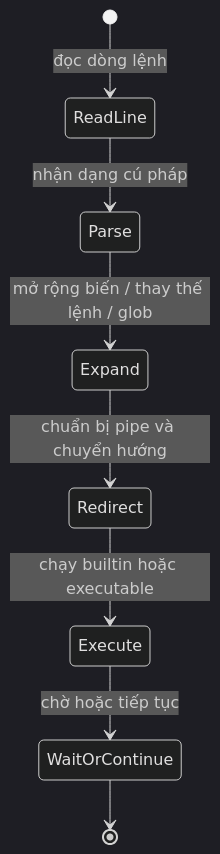
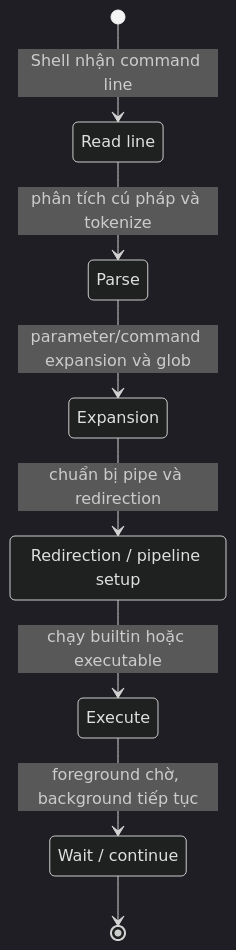
Before and after one commit to hai-kevins/embedded-linux: the diagram in phase-01/README-topic-01.md, drawn with Mermaid (dark theme). The commit also changed 8 other files, not shown here.

````diff
--- a/phase-01/README-topic-01.md
+++ b/phase-01/README-topic-01.md
@@ -205,10 +205,17 @@
 ```mermaid
 stateDiagram-v2
-    [*] --> ReadLine: đọc dòng lệnh
-    ReadLine --> Parse: nhận dạng cú pháp
-    Parse --> Expand: mở rộng biến / thay thế lệnh / glob
-    Expand --> Redirect: chuẩn bị pipe và chuyển hướng
-    Redirect --> Execute: chạy builtin hoặc executable
-    Execute --> WaitOrContinue: chờ hoặc tiếp tục
-    WaitOrContinue --> [*]
+    state "Read line" as ReadLine
+    state "Parse" as Parse
+    state "Expansion" as Expansion
+    state "Redirection / pipeline setup" as Redirection
+    state "Execute" as Execute
+    state "Wait / continue" as WaitContinue
+
+    [*] --> ReadLine: Shell nhận command line
+    ReadLine --> Parse: phân tích cú pháp và tokenize
+    Parse --> Expansion: parameter/command expansion và glob
+    Expansion --> Redirection: chuẩn bị pipe và redirection
+    Redirection --> Execute: chạy builtin hoặc executable
+    Execute --> WaitContinue: foreground chờ, background tiếp tục
+    WaitContinue --> [*]
 ```
````
